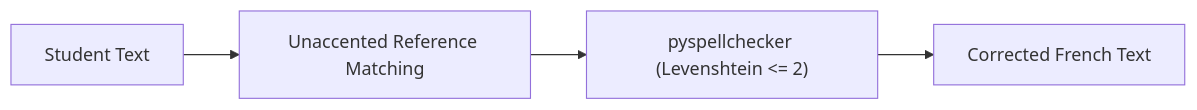
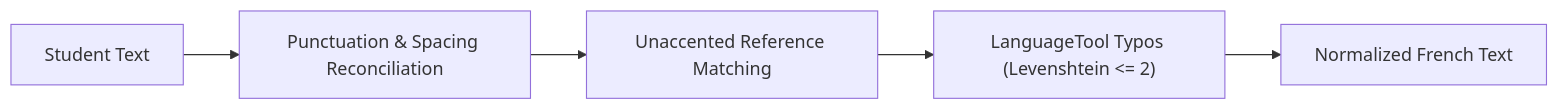
Before and after one commit to eyengabompongo8/deep-tutor: the second of 2 diagrams in docs/Backend Architecture.md, drawn with Mermaid. The commit also changed other lines of this file and 9 other files, not shown here.

First line of the commit message:
feat(eval): replace pyspellchecker with two-tier LanguageTool pipeline and improve grammar UI

````diff
--- a/docs/Backend Architecture.md
+++ b/docs/Backend Architecture.md
@@ -44,6 +44,7 @@
 ```mermaid
 flowchart LR
-    RawInput["Student Text"] --> AccMatch["Unaccented Reference Matching"]
-    AccMatch --> SpellCheck["pyspellchecker (Levenshtein <= 2)"]
-    SpellCheck --> CleanText["Corrected French Text"]
+    RawInput["Student Text"] --> Punct["Punctuation & Spacing Reconciliation"]
+    Punct --> AccMatch["Unaccented Reference Matching"]
+    AccMatch --> LTSpell["LanguageTool Typos (Levenshtein <= 2)"]
+    LTSpell --> CleanText["Normalized French Text"]
 ```
````
